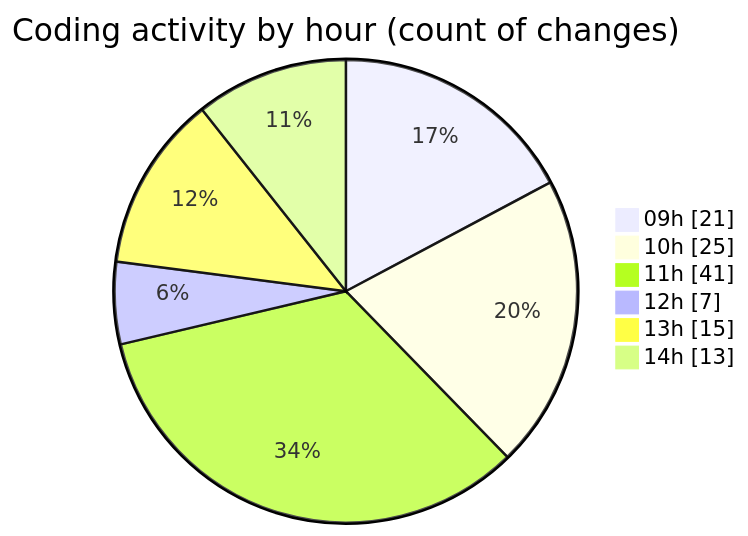
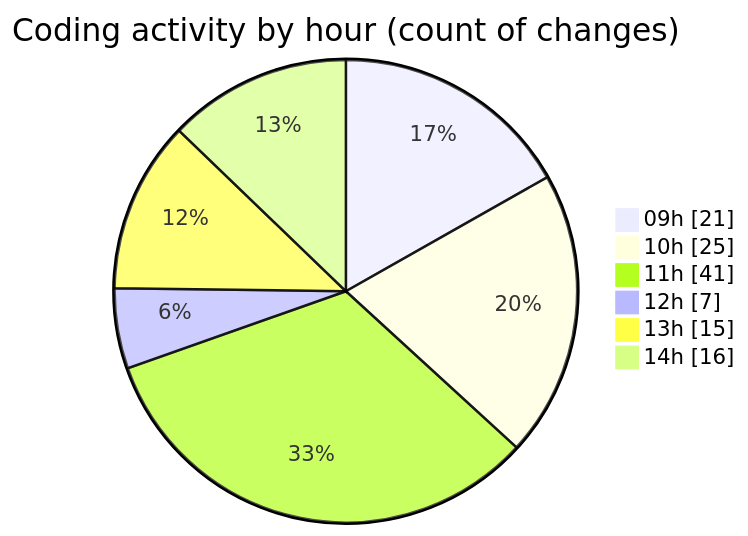
One commit to momahboobian/code-tracking changed the second of 2 diagrams in 2025-12-01/cda/README.md. Above: the diagram before and after it, drawn with Mermaid. The commit also changed other lines of this file and 1 other file, not shown here.

````diff
--- a/2025-12-01/cda/README.md
+++ b/2025-12-01/cda/README.md
@@ -45,10 +45,10 @@
 ```mermaid
 pie showData
 title Coding activity by hour (count of changes)
 "09h" : 21
 "10h" : 25
 "11h" : 41
 "12h" : 7
 "13h" : 15
-"14h" : 13
+"14h" : 16
 ```
````
